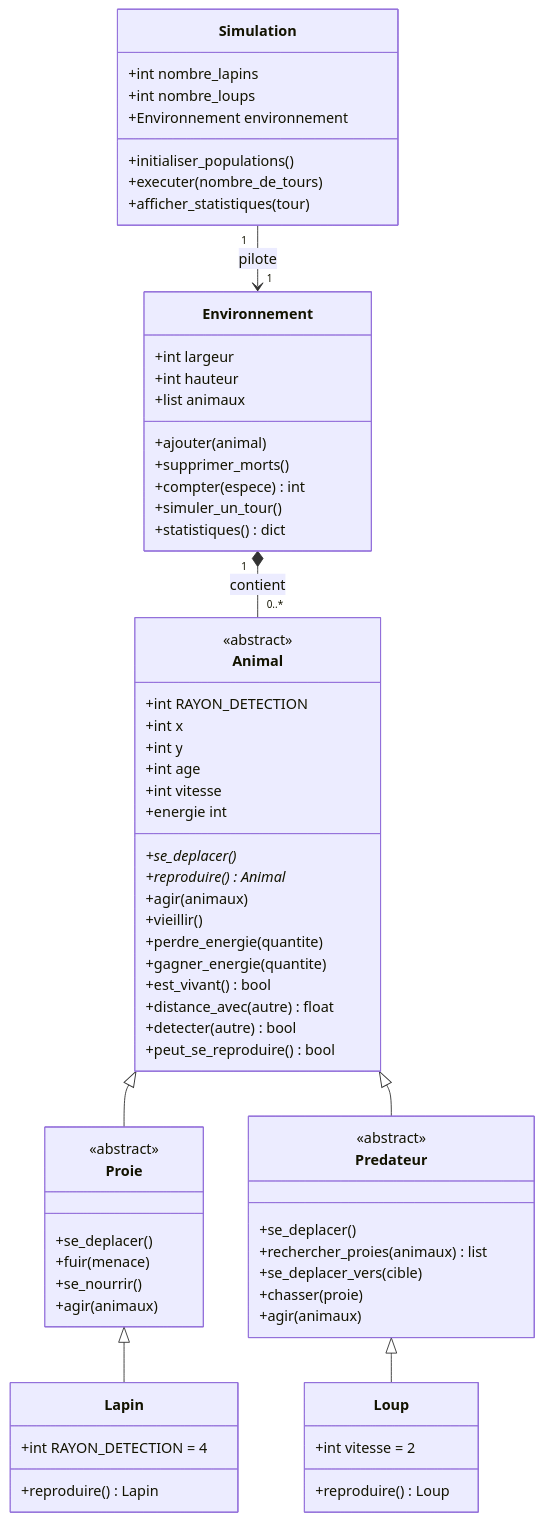
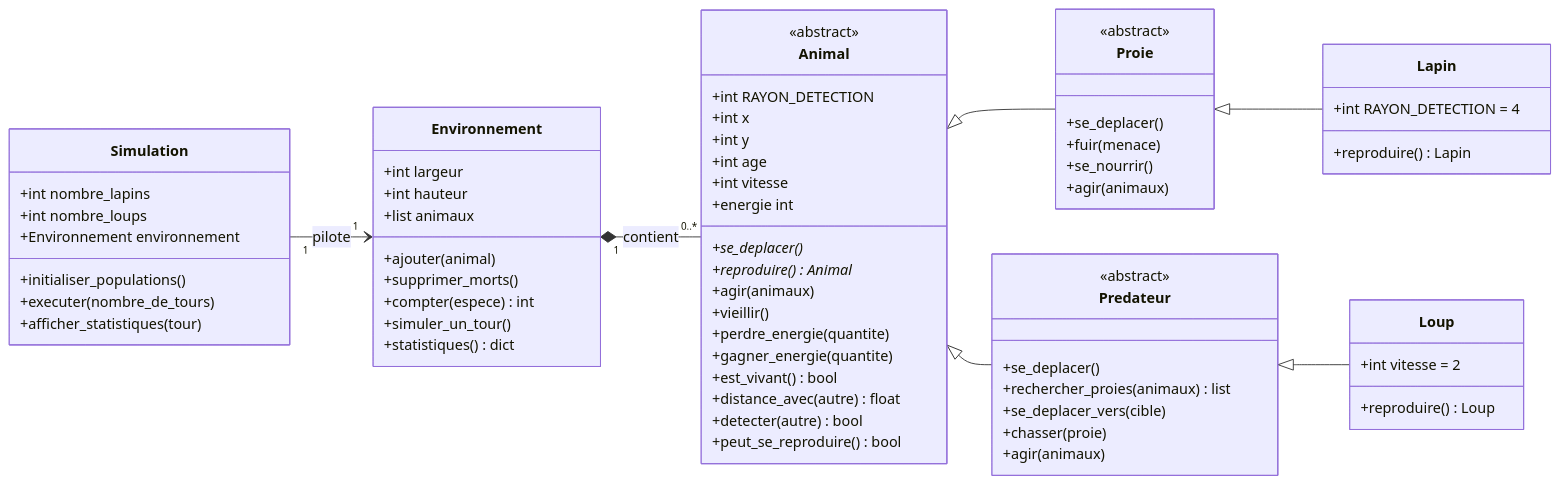
The third of 3 diagrams in traduction-rapport.md (hmty-CHEN/POO-TP1), drawn with Mermaid before and after one commit. The commit also changed 1 other file, not shown here.

Commit message:
UML final en disposition horizontale

````diff
--- a/traduction-rapport.md
+++ b/traduction-rapport.md
@@ -168,78 +168,78 @@
 ```mermaid
 classDiagram
-    direction TB
+    direction LR
 
     class Animal {
         <<abstract>>
         +int RAYON_DETECTION
         +int x
         +int y
         +int age
         +int vitesse
         +energie int
         +se_deplacer()*
         +reproduire()* Animal
         +agir(animaux)
         +vieillir()
         +perdre_energie(quantite)
         +gagner_energie(quantite)
         +est_vivant() bool
         +distance_avec(autre) float
         +detecter(autre) bool
         +peut_se_reproduire() bool
     }
 
     class Proie {
         <<abstract>>
         +se_deplacer()
         +fuir(menace)
         +se_nourrir()
         +agir(animaux)
     }
 
     class Predateur {
         <<abstract>>
         +se_deplacer()
         +rechercher_proies(animaux) list
         +se_deplacer_vers(cible)
         +chasser(proie)
         +agir(animaux)
     }
 
     class Lapin {
         +int RAYON_DETECTION = 4
         +reproduire() Lapin
     }
 
     class Loup {
         +int vitesse = 2
         +reproduire() Loup
     }
 
     class Environnement {
         +int largeur
         +int hauteur
         +list animaux
         +ajouter(animal)
         +supprimer_morts()
         +compter(espece) int
         +simuler_un_tour()
         +statistiques() dict
     }
 
     class Simulation {
         +int nombre_lapins
         +int nombre_loups
         +Environnement environnement
         +initialiser_populations()
         +executer(nombre_de_tours)
         +afficher_statistiques(tour)
     }
 
     Animal <|-- Proie
     Animal <|-- Predateur
     Proie <|-- Lapin
     Predateur <|-- Loup
     Environnement "1" *-- "0..*" Animal : contient
     Simulation "1" --> "1" Environnement : pilote
 ```
````
